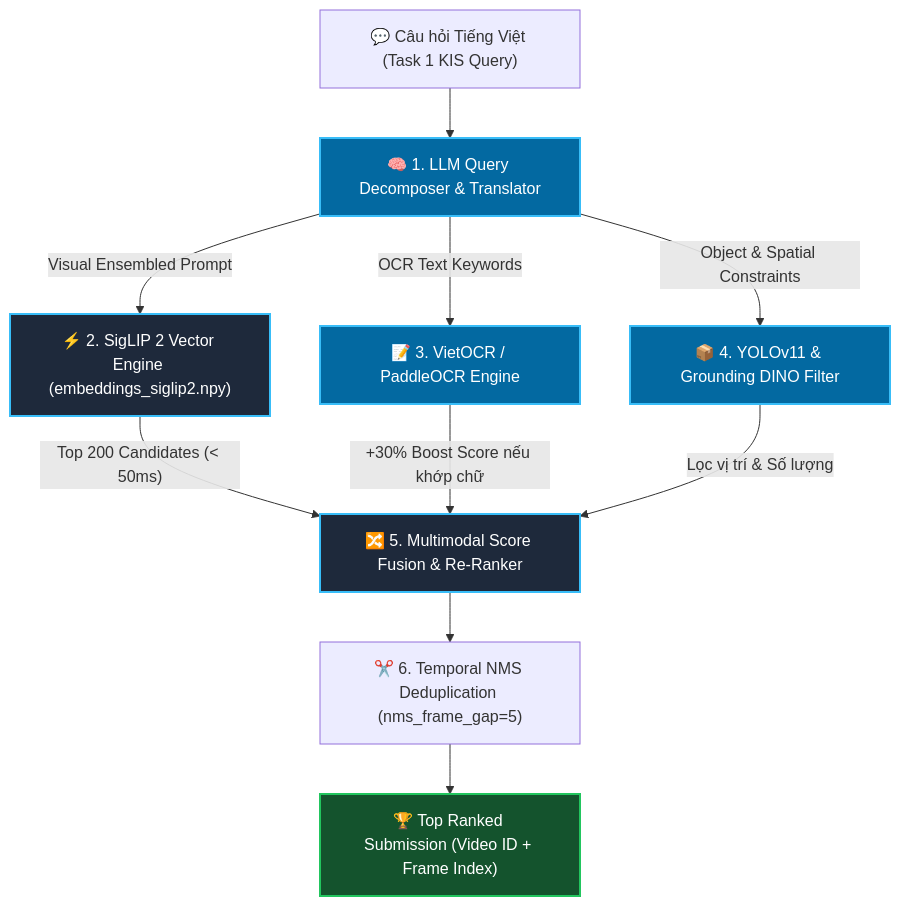
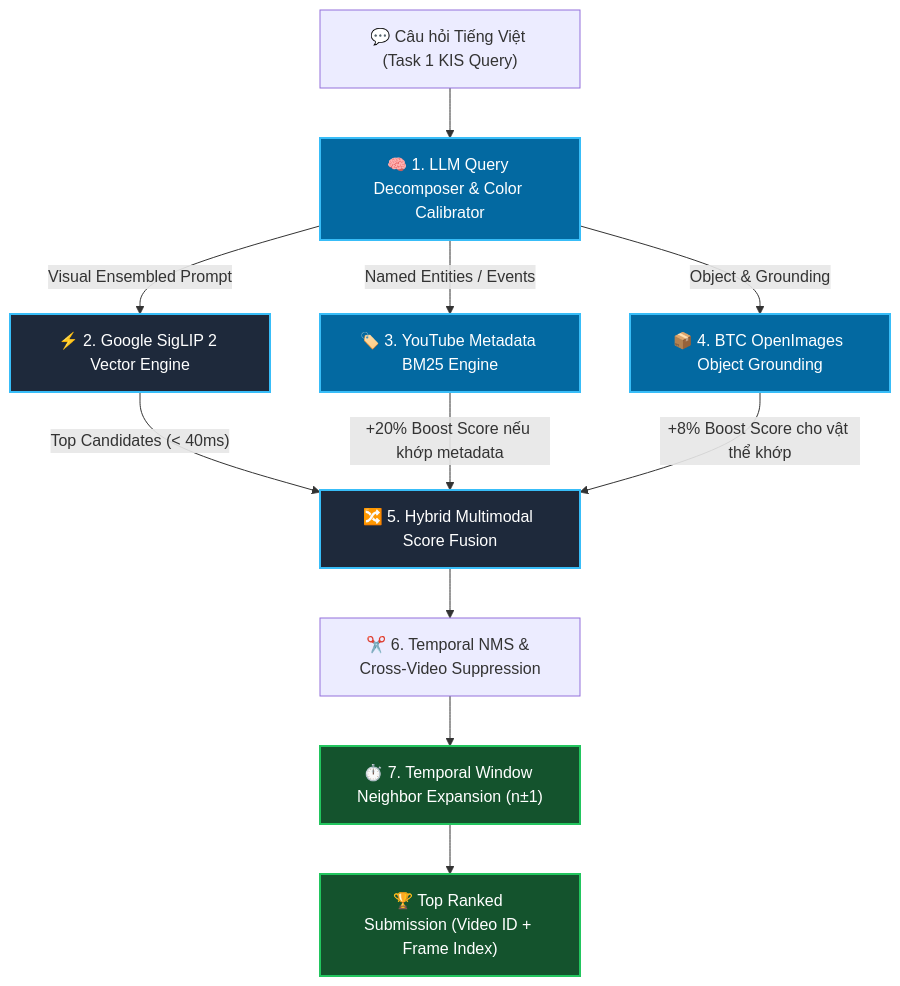
The diagram in src/task1_kis/PLAN_TASK1_KIS.md (bminhnemhoi/ai-challenge-2026), drawn with Mermaid before and after one commit. The commit also changed other lines of this file and 7 other files, not shown here.

Commit message:
feat: implement BM25 metadata searcher and integrate optional temporal expansion into the KIS retrieval pipeline

````diff
--- a/src/task1_kis/PLAN_TASK1_KIS.md
+++ b/src/task1_kis/PLAN_TASK1_KIS.md
@@ -11,23 +11,24 @@
 ```mermaid
 flowchart TD
-    node_query["💬 Câu hỏi Tiếng Việt (Task 1 KIS Query)"] --> node_llm["🧠 1. LLM Query Decomposer & Translator"]
+    node_query["💬 Câu hỏi Tiếng Việt (Task 1 KIS Query)"] --> node_llm["🧠 1. LLM Query Decomposer & Color Calibrator"]
     
-    node_llm -->|"Visual Ensembled Prompt"| node_sig2["⚡ 2. SigLIP 2 Vector Engine (embeddings_siglip2.npy)"]
-    node_llm -->|"OCR Text Keywords"| node_ocr["📝 3. VietOCR / PaddleOCR Engine"]
-    node_llm -->|"Object & Spatial Constraints"| node_yolo["📦 4. YOLOv11 & Grounding DINO Filter"]
+    node_llm -->|"Visual Ensembled Prompt"| node_sig2["⚡ 2. Google SigLIP 2 Vector Engine"]
+    node_llm -->|"Named Entities / Events"| node_bm25["🏷️ 3. YouTube Metadata BM25 Engine"]
+    node_llm -->|"Object & Grounding"| node_yolo["📦 4. BTC OpenImages Object Grounding"]
     
-    node_sig2 -->|"Top 200 Candidates (< 50ms)"| node_fusion["🔀 5. Multimodal Score Fusion & Re-Ranker"]
-    node_ocr -->|"+30% Boost Score nếu khớp chữ"| node_fusion
-    node_yolo -->|"Lọc vị trí & Số lượng"| node_fusion
+    node_sig2 -->|"Top Candidates (< 40ms)"| node_fusion["🔀 5. Hybrid Multimodal Score Fusion"]
+    node_bm25 -->|"+20% Boost Score nếu khớp metadata"| node_fusion
+    node_yolo -->|"+8% Boost Score cho vật thể khớp"| node_fusion
     
-    node_fusion --> node_nms["✂️ 6. Temporal NMS Deduplication (nms_frame_gap=5)"]
-    node_nms --> node_out["🏆 Top Ranked Submission (Video ID + Frame Index)"]
+    node_fusion --> node_nms["✂️ 6. Temporal NMS & Cross-Video Suppression"]
+    node_nms --> node_exp["⏱️ 7. Temporal Window Neighbor Expansion (n±1)"]
+    node_exp --> node_out["🏆 Top Ranked Submission (Video ID + Frame Index)"]
 
     classDef primary fill:#1e293b,stroke:#38bdf8,stroke-width:2px,color:#fff;
     classDef highlight fill:#0369a1,stroke:#38bdf8,stroke-width:2px,color:#fff;
     classDef success fill:#14532d,stroke:#22c55e,stroke-width:2px,color:#fff;
     
     class node_sig2,node_fusion primary;
-    class node_llm,node_ocr,node_yolo highlight;
-    class node_out success;
+    class node_llm,node_bm25,node_yolo highlight;
+    class node_exp,node_out success;
 ```
````
